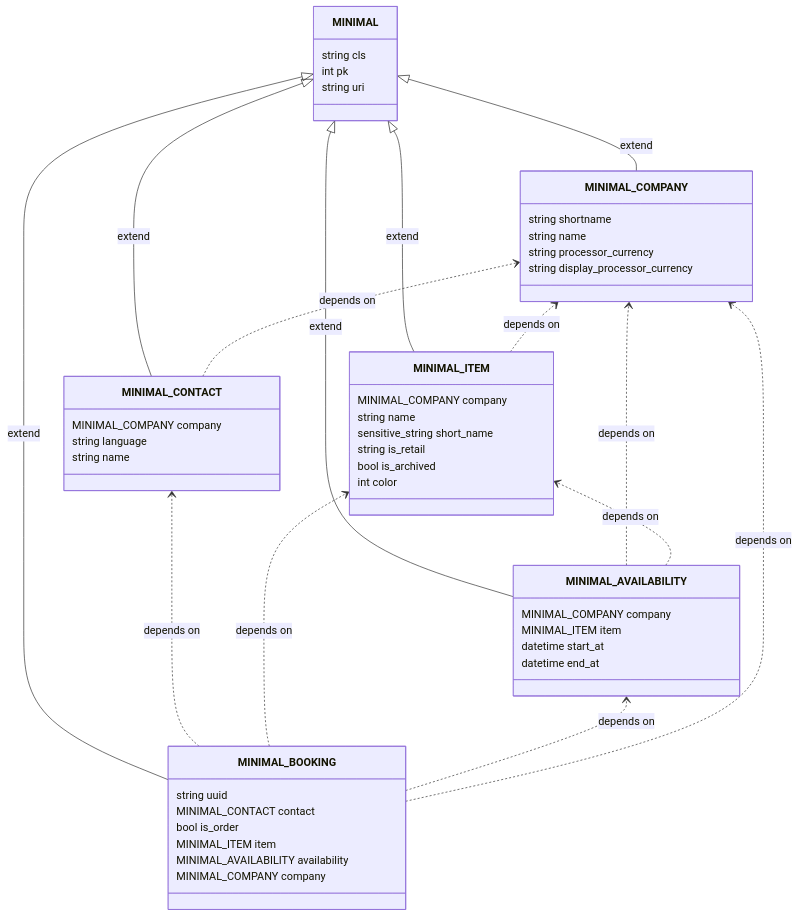
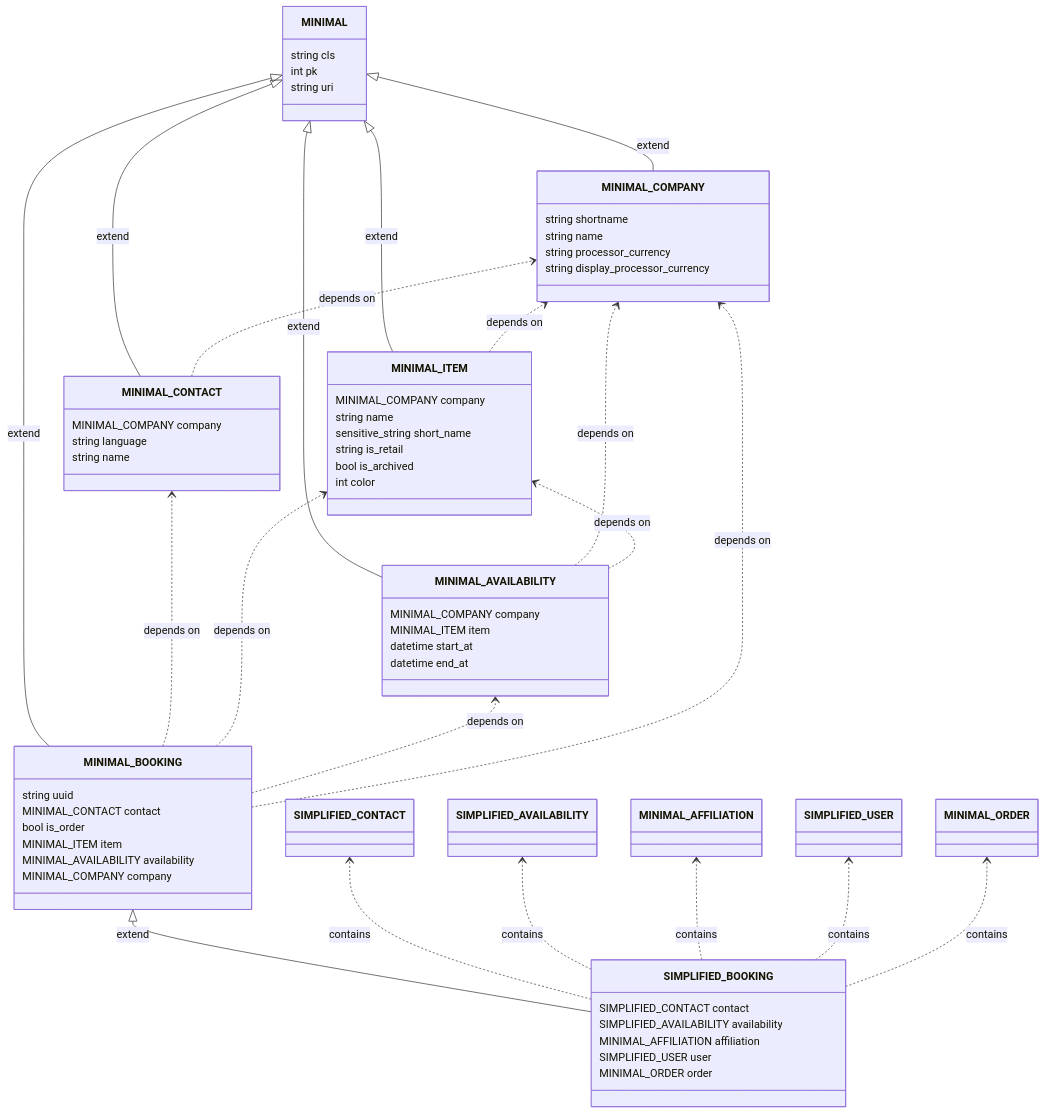
The diagram in minimal_booking.md (fulv/mermaid-demo), drawn with Mermaid before and after one commit.

````diff
--- a/minimal_booking.md
+++ b/minimal_booking.md
@@ -1,63 +1,78 @@
 ```mermaid
 classDiagram
   direction BT
 
+  
+  class SIMPLIFIED_BOOKING {
+    SIMPLIFIED_CONTACT contact
+    SIMPLIFIED_AVAILABILITY availability
+    MINIMAL_AFFILIATION affiliation
+    SIMPLIFIED_USER user
+    MINIMAL_ORDER order
+  }
+  SIMPLIFIED_BOOKING --|> MINIMAL_BOOKING : extend
+  SIMPLIFIED_BOOKING ..> SIMPLIFIED_CONTACT : contains
+  SIMPLIFIED_BOOKING ..> SIMPLIFIED_AVAILABILITY : contains
+  SIMPLIFIED_BOOKING ..> MINIMAL_AFFILIATION : contains
+  SIMPLIFIED_BOOKING ..> SIMPLIFIED_USER : contains
+  SIMPLIFIED_BOOKING ..> MINIMAL_ORDER : contains
+  
   
   class MINIMAL_BOOKING {
     string uuid
     MINIMAL_CONTACT contact
     bool is_order
     MINIMAL_ITEM item
     MINIMAL_AVAILABILITY availability
     MINIMAL_COMPANY company
   }
   MINIMAL_BOOKING --|> MINIMAL : extend
   MINIMAL_BOOKING ..> MINIMAL_CONTACT : depends on
   MINIMAL_BOOKING ..> MINIMAL_ITEM : depends on
   MINIMAL_BOOKING ..> MINIMAL_AVAILABILITY : depends on
   MINIMAL_BOOKING ..> MINIMAL_COMPANY : depends on
   
   class MINIMAL_CONTACT {
     MINIMAL_COMPANY company
     string language
     string name
   }
   MINIMAL_CONTACT --|> MINIMAL : extend
   MINIMAL_CONTACT ..> MINIMAL_COMPANY : depends on
   
   class MINIMAL_ITEM {
     MINIMAL_COMPANY company
     string name
     sensitive_string short_name
     string is_retail
     bool is_archived
     int color
   }
   MINIMAL_ITEM --|> MINIMAL : extend
   MINIMAL_ITEM ..> MINIMAL_COMPANY : depends on
   
   class MINIMAL_AVAILABILITY {
     MINIMAL_COMPANY company
     MINIMAL_ITEM item
     datetime start_at
     datetime end_at
   }
   MINIMAL_AVAILABILITY --|> MINIMAL : extend
   MINIMAL_AVAILABILITY ..> MINIMAL_COMPANY : depends on
   MINIMAL_AVAILABILITY ..> MINIMAL_ITEM : depends on
   
   class MINIMAL_COMPANY {
     string shortname
     string name
     string processor_currency
     string display_processor_currency
   }
   MINIMAL_COMPANY --|> MINIMAL : extend
   
   class MINIMAL {
     string cls
     int pk
     string uri
   }
 
 ```
````
